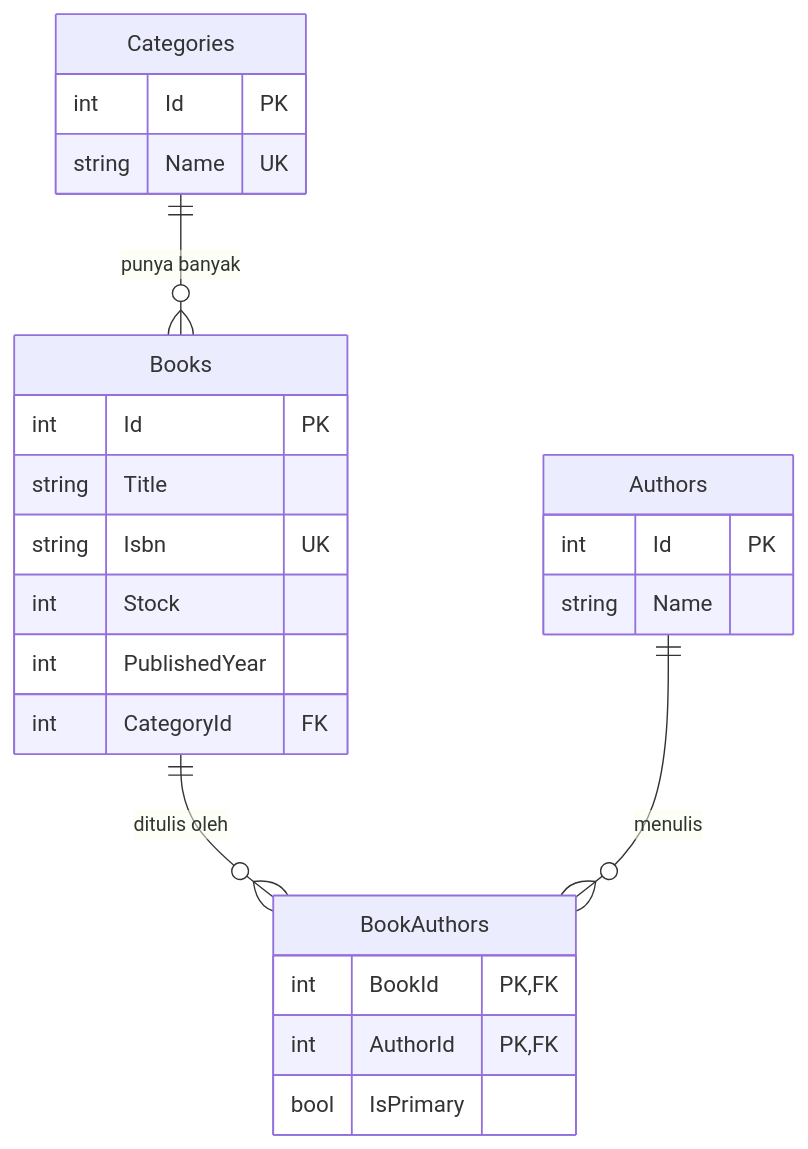
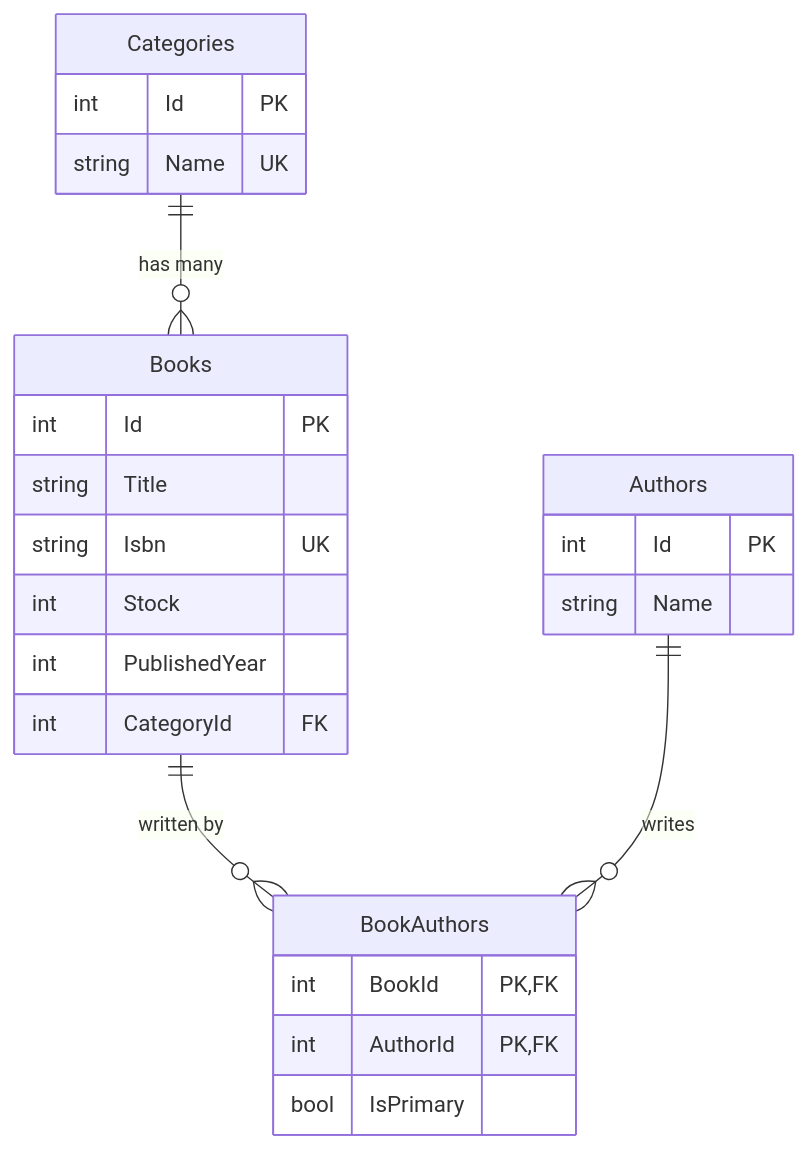
The diagram in README.md (Drafaund/LibraryApp), drawn with Mermaid before and after one commit. The commit also changed other lines of this file, not shown here.

````diff
--- a/README.md
+++ b/README.md
@@ -58,28 +60,28 @@
 ```mermaid
 erDiagram
-    Categories ||--o{ Books : "punya banyak"
-    Books ||--o{ BookAuthors : "ditulis oleh"
-    Authors ||--o{ BookAuthors : "menulis"
+    Categories ||--o{ Books : "has many"
+    Books ||--o{ BookAuthors : "written by"
+    Authors ||--o{ BookAuthors : "writes"
 
     Categories {
         int Id PK
         string Name UK
     }
     Authors {
         int Id PK
         string Name
     }
     Books {
         int Id PK
         string Title
         string Isbn UK
         int Stock
         int PublishedYear
         int CategoryId FK
     }
     BookAuthors {
         int BookId PK, FK
         int AuthorId PK, FK
         bool IsPrimary
     }
 ```
````
